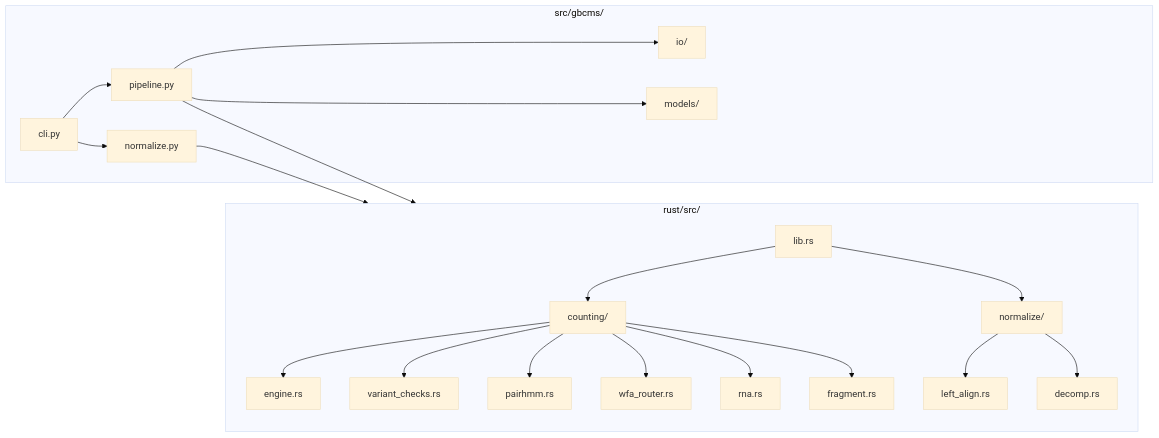
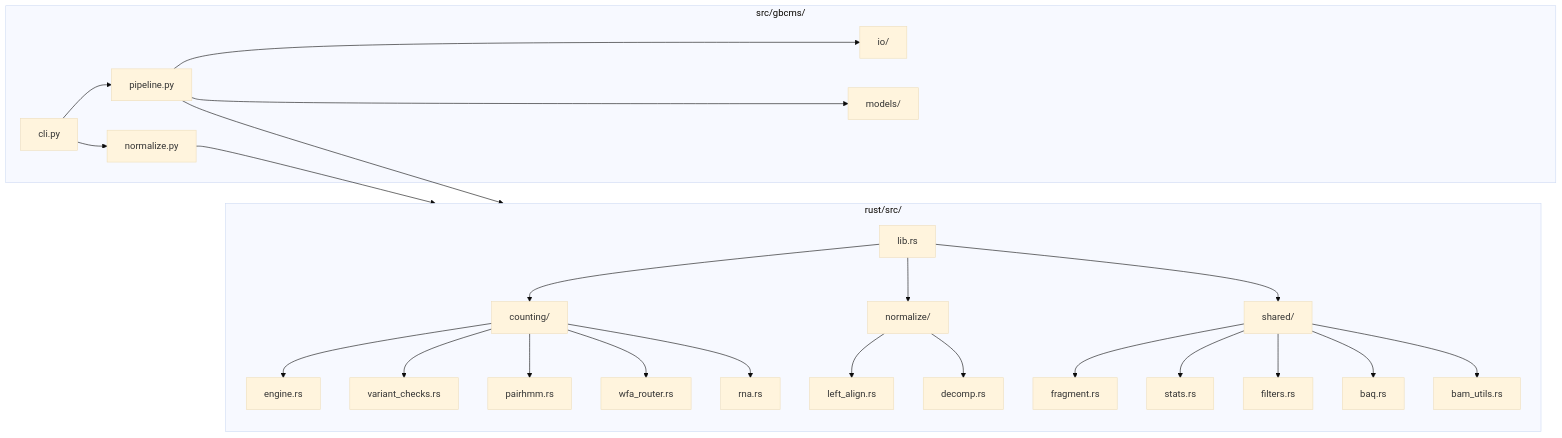
The first of 2 diagrams in docs/development/developer-guide.md (msk-access/gbcms), drawn with Mermaid (base theme) before and after one commit. The commit also changed other lines of this file and 3 other files, not shown here.

````diff
--- a/docs/development/developer-guide.md
+++ b/docs/development/developer-guide.md
@@ -75,25 +75,30 @@
 ```mermaid
 flowchart LR
     subgraph Python["src/gbcms/"]
         CLI["cli.py"] --> Pipeline["pipeline.py"]
         CLI --> Normalize["normalize.py"]
         Pipeline --> IO["io/"]
         Pipeline --> Models["models/"]
     end
 
     subgraph Rust["rust/src/"]
         Lib["lib.rs"] --> Count["counting/"]
         Lib --> Norm["normalize/"]
+        Lib --> Shared["shared/"]
         Count --> Eng["engine.rs"]
         Count --> VC["variant_checks.rs"]
         Count --> PH["pairhmm.rs"]
         Count --> WFA["wfa_router.rs"]
         Count --> RNA["rna.rs"]
-        Count --> Frag["fragment.rs"]
         Norm --> LA["left_align.rs"]
         Norm --> DC["decomp.rs"]
+        Shared --> Frag["fragment.rs"]
+        Shared --> Stats["stats.rs"]
+        Shared --> Filters["filters.rs"]
+        Shared --> BAQ["baq.rs"]
+        Shared --> BamU["bam_utils.rs"]
     end
 
     Pipeline --> Rust
     Normalize --> Rust
 ```
````
